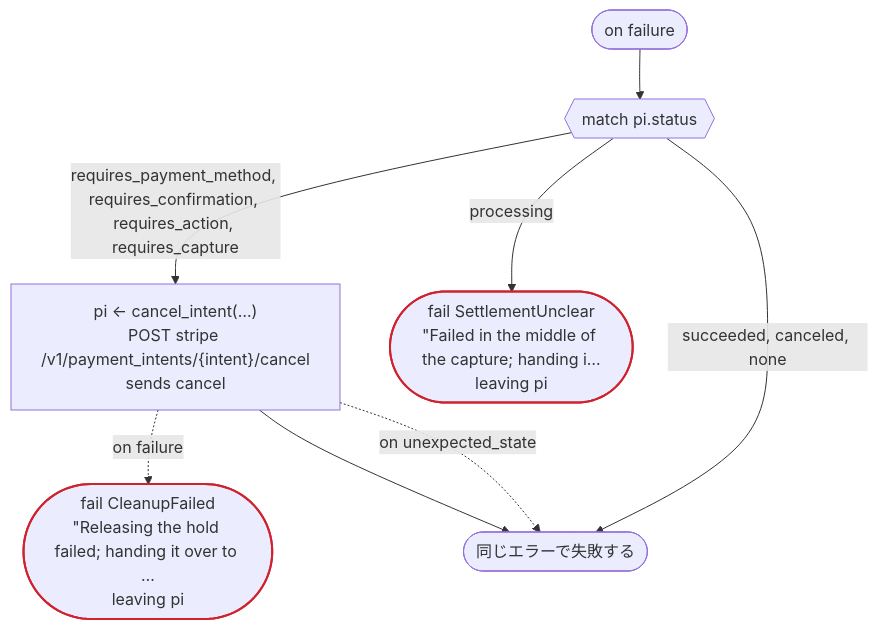
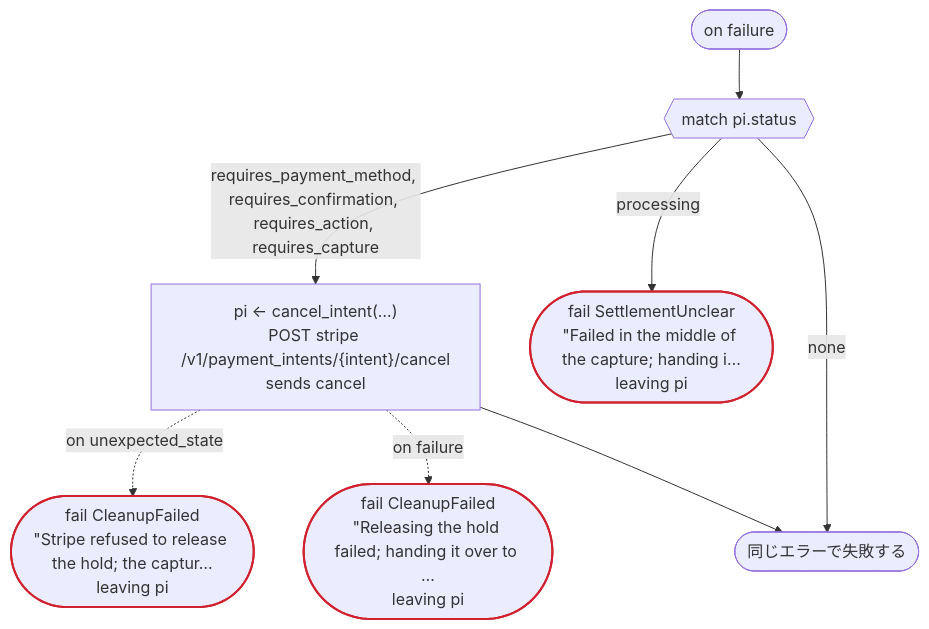
One commit to i2y/ritsu changed the second of 4 diagrams in crates/dandori/tests/doc/examples-hotel-temporal-hotel.ja.md. Above: the diagram before and after it, drawn with Mermaid. The commit also changed other lines of this file and 57 other files, not shown here.

````diff
--- a/crates/dandori/tests/doc/examples-hotel-temporal-hotel.ja.md
+++ b/crates/dandori/tests/doc/examples-hotel-temporal-hotel.ja.md
@@ -82,19 +82,20 @@
 ```mermaid
 flowchart TD
     onf(["on failure"])
     s30{{"match pi.status"}}
     s32["pi ← cancel_intent(…)<br>POST stripe /v1/payment_intents/{intent}/cancel<br>sends cancel"]
+    s33(["fail CleanupFailed<br>#quot;Stripe refused to release the hold; the captur…<br>leaving pi"])
     s34(["fail CleanupFailed<br>#quot;Releasing the hold failed; handing it over to …<br>leaving pi"])
     s35(["fail SettlementUnclear<br>#quot;Failed in the middle of the capture; handing i…<br>leaving pi"])
     onfEnd(["同じエラーで失敗する"])
     onf --> s30
     s30 -->|"requires_payment_method, requires_confirmation, requires_action, requires_capture"| s32
+    s32 -.->|"on unexpected_state"| s33
     s32 -.->|"on failure"| s34
     s30 -->|"processing"| s35
-    s30 -->|"succeeded, canceled, none"| onfEnd
+    s30 -->|"none"| onfEnd
     s32 --> onfEnd
-    s32 -.->|"on unexpected_state"| onfEnd
     classDef ok stroke:#2da44e,stroke-width:2px
     classDef bad stroke:#cf222e,stroke-width:2px
-    class s34,s35 bad
+    class s33,s34,s35 bad
 ```
````
